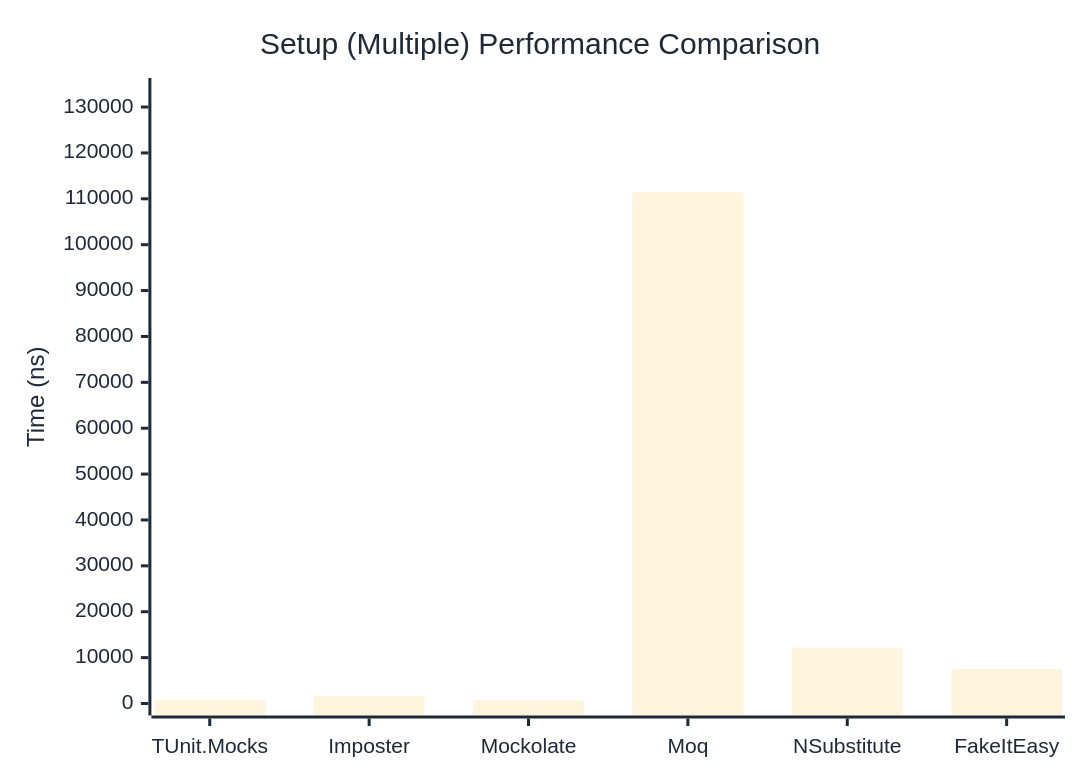
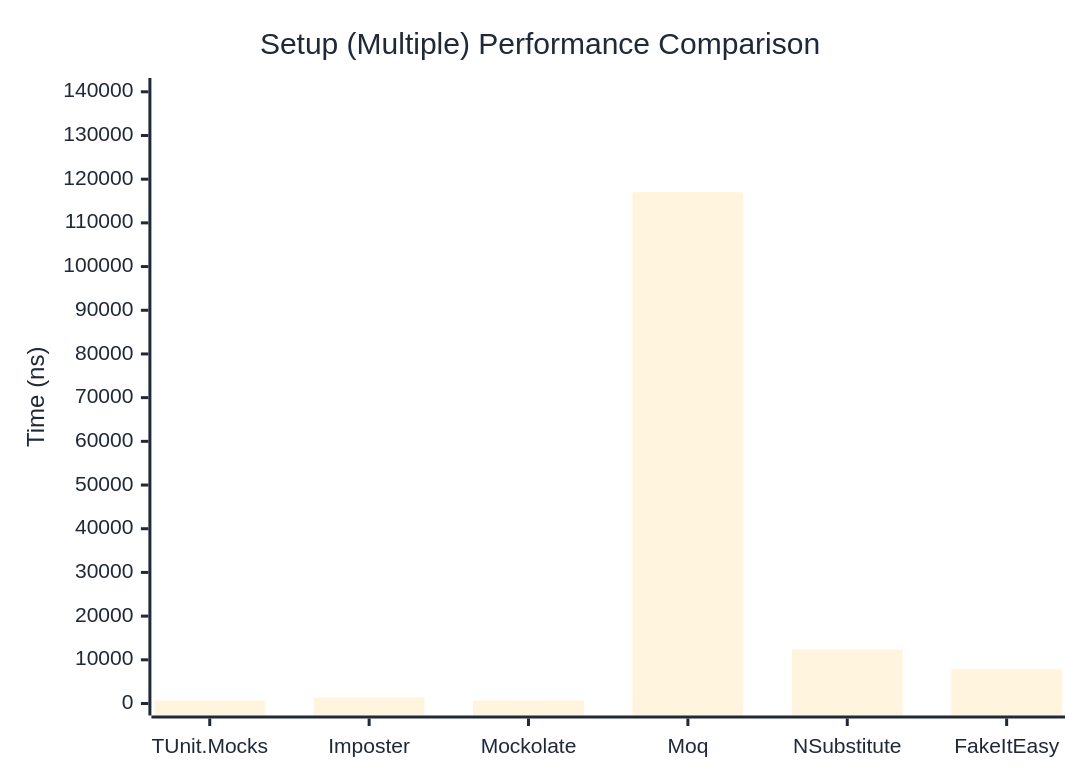
The second of 2 diagrams in docs/docs/benchmarks/mocks/Setup.md (thomhurst/TUnit), drawn with Mermaid before and after one commit. The commit also changed other lines of this file and 14 other files, not shown here.

````diff
--- a/docs/docs/benchmarks/mocks/Setup.md
+++ b/docs/docs/benchmarks/mocks/Setup.md
@@ -69,27 +69,27 @@
 ```mermaid
 %%{init: {
   'theme':'base',
   'themeVariables': {
     'primaryColor': '#2563eb',
     'primaryTextColor': '#1f2937',
     'primaryBorderColor': '#1e40af',
     'lineColor': '#6b7280',
     'secondaryColor': '#7c3aed',
     'tertiaryColor': '#dc2626',
     'background': '#ffffff',
     'pie1': '#2563eb',
     'pie2': '#7c3aed',
     'pie3': '#dc2626',
     'pie4': '#f59e0b',
     'pie5': '#10b981',
     'pie6': '#06b6d4',
     'pie7': '#ec4899',
     'pie8': '#6366f1'
   }
 }}%%
 xychart-beta
   title "Setup (Multiple) Performance Comparison"
   x-axis ["TUnit.Mocks", "Imposter", "Mockolate", "Moq", "NSubstitute", "FakeItEasy"]
-  y-axis "Time (ns)" 0 --> 133713
-  bar [738.8, 1583.2, 674.4, 111427.5, 12198.4, 7506.3]
+  y-axis "Time (ns)" 0 --> 140411
+  bar [723.5, 1356, 706.8, 117008.6, 12373.9, 7871.3]
 ```
````
